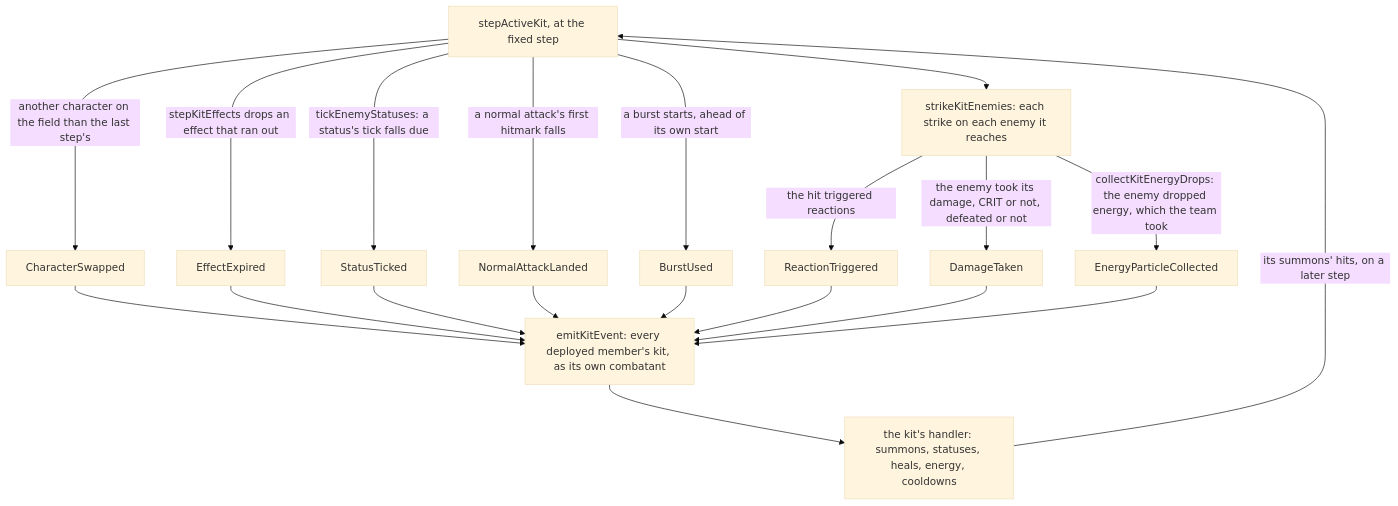
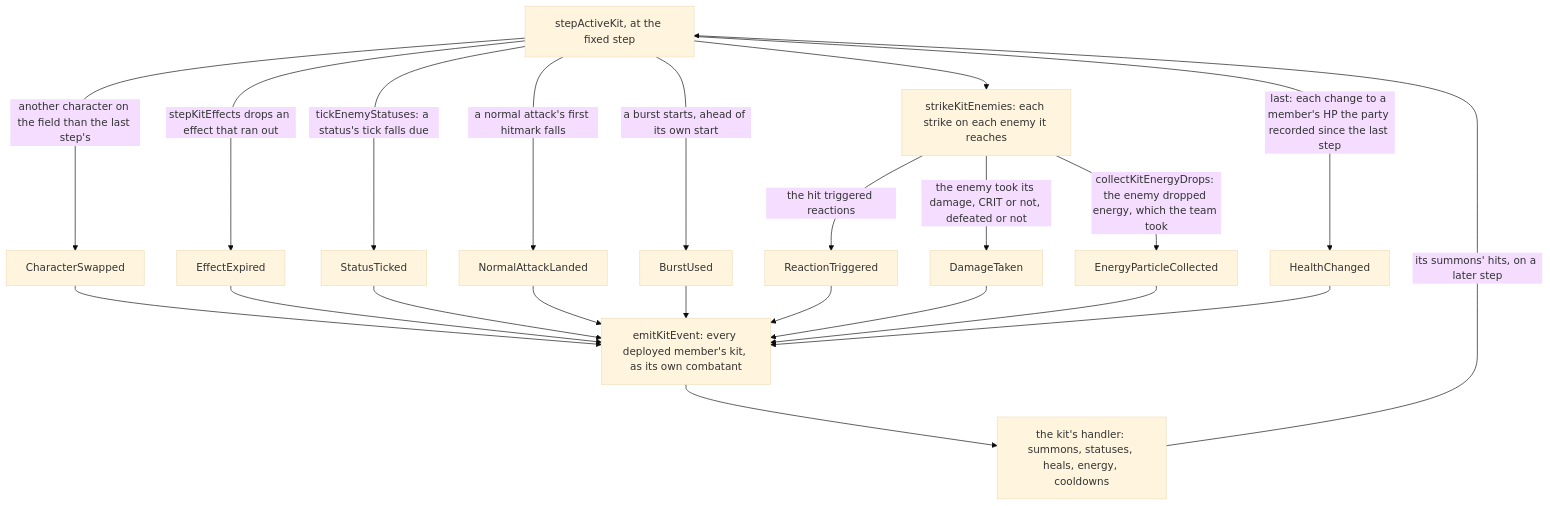
The third of 3 diagrams in apps/web/content/docs/genshin/kits/index.md (Esposter/Esposter), drawn with Mermaid (base theme) before and after one commit. The commit also changed other lines of this file and 21 other files, not shown here.

First line of the commit message:
feat(genshin-world): every change to a party member's HP is recorded and sent to the kits as HealthChanged, and changeKitMemberHealth heals or drains a member by HP

````diff
--- a/apps/web/content/docs/genshin/kits/index.md
+++ b/apps/web/content/docs/genshin/kits/index.md
@@ -69,22 +69,24 @@
 ```mermaid
 flowchart TD
   STEP["stepActiveKit, at the fixed step"] -->|"another character on the field than the last step's"| SWAP["CharacterSwapped"]
   STEP -->|"stepKitEffects drops an effect that ran out"| EXPIRED["EffectExpired"]
   STEP -->|"tickEnemyStatuses: a status's tick falls due"| TICK["StatusTicked"]
   STEP -->|"a normal attack's first hitmark falls"| LANDED["NormalAttackLanded"]
   STEP -->|"a burst starts, ahead of its own start"| BURST["BurstUsed"]
   STEP --> STRIKES["strikeKitEnemies: each strike on each enemy it reaches"]
   STRIKES -->|"the hit triggered reactions"| REACTION["ReactionTriggered"]
   STRIKES -->|"the enemy took its damage, CRIT or not, defeated or not"| DAMAGE["DamageTaken"]
   STRIKES -->|"collectKitEnergyDrops: the enemy dropped energy, which the team took"| PARTICLE["EnergyParticleCollected"]
+  STEP -->|"last: each change to a member's HP the party recorded since the last step"| HEALTH["HealthChanged"]
   SWAP --> EMIT["emitKitEvent: every deployed member's kit, as its own combatant"]
   EXPIRED --> EMIT
   TICK --> EMIT
   LANDED --> EMIT
   BURST --> EMIT
   REACTION --> EMIT
   DAMAGE --> EMIT
   PARTICLE --> EMIT
+  HEALTH --> EMIT
   EMIT --> EFFECTS["the kit's handler: summons, statuses, heals, energy, cooldowns"]
   EFFECTS -->|"its summons' hits, on a later step"| STEP
 ```
````
